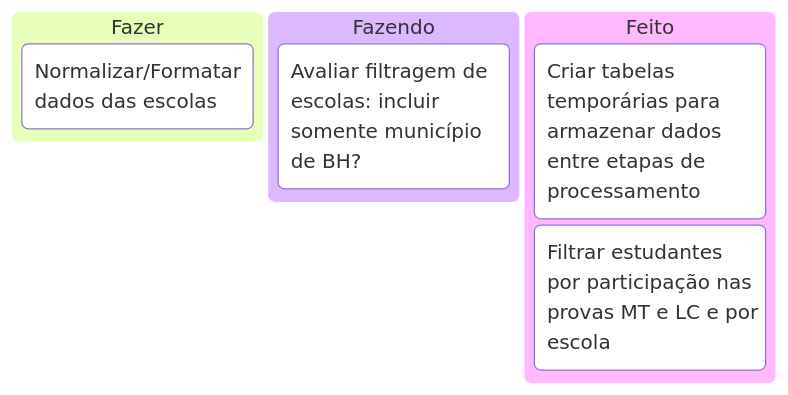
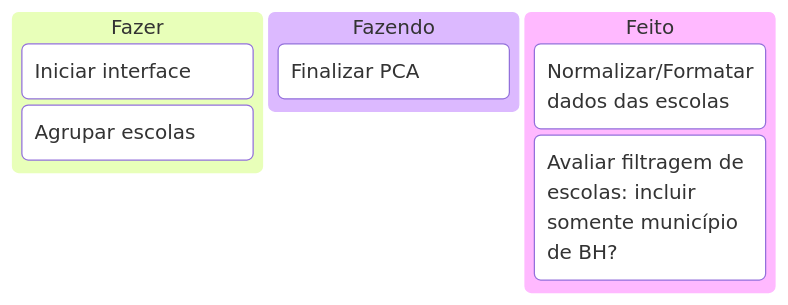
One commit to felipe-tertuliano/tcc_inep changed the third of 3 diagrams in README.md. Above: the diagram before and after it, drawn with Mermaid. The commit also changed 13 other files, not shown here.

````diff
--- a/README.md
+++ b/README.md
@@ -91,10 +91,11 @@
 ```mermaid
 kanban
     Fazer
+        [Iniciar interface]
+        [Agrupar escolas]
+    Fazendo
+        [Finalizar PCA]
+    Feito
         [Normalizar/Formatar dados das escolas]
-    Fazendo
         [Avaliar filtragem de escolas: incluir somente município de BH?]
-    Feito
-        [Criar tabelas temporárias para armazenar dados entre etapas de processamento]
-        [Filtrar estudantes por participação nas provas MT e LC e por escola]
 ```
````
